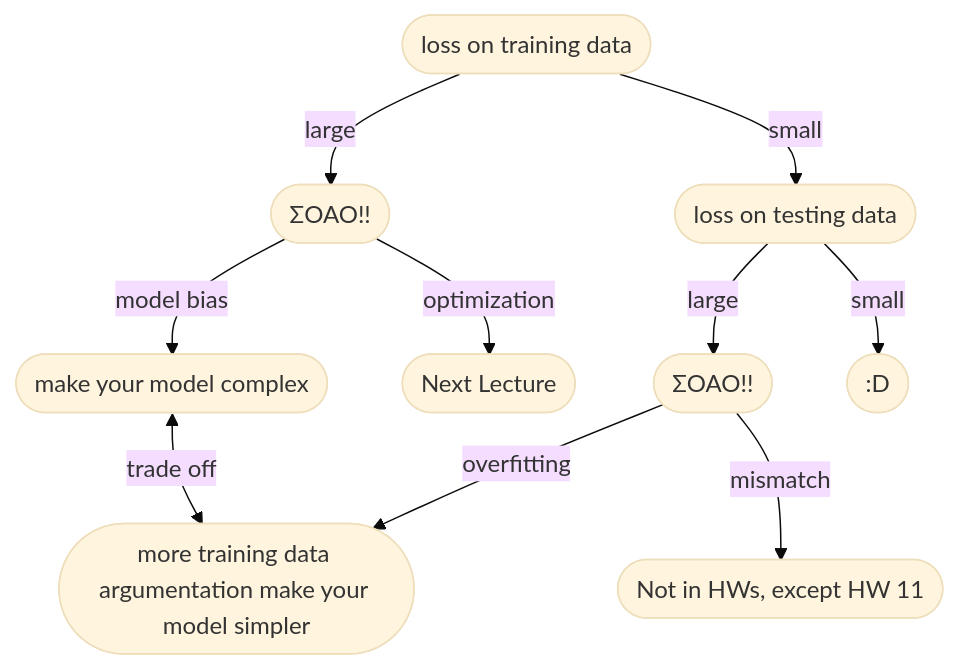
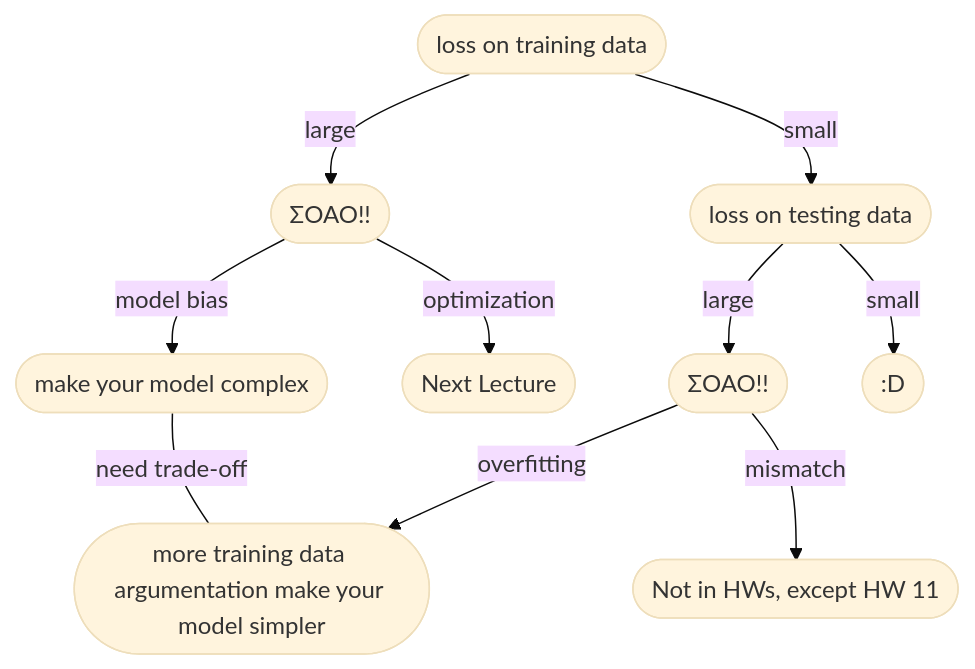
Before and after one commit to Yuuzi261/Public-Note: the diagram in courses/ML2022Spring/ML2022Spring.md, drawn with Mermaid (base theme). The commit also changed other lines of this file, not shown here.

````diff
--- a/courses/ML2022Spring/ML2022Spring.md
+++ b/courses/ML2022Spring/ML2022Spring.md
@@ -247,23 +247,23 @@
 ```mermaid
 graph TD
 
 A([loss on training data])
 B([ΣOAO!!])
 C([loss on testing data])
 D([make your model complex])
 E([Next Lecture])
 F([ΣOAO!!])
 G([:D])
 H([more training data argumentation make your model simpler])
 I([Not in HWs, except HW 11])
 
 A -->|large| B
 A -->|small| C
 B -->|model bias| D
 B -->|optimization| E
 C -->|large| F
 C -->|small| G
 F -->|overfitting| H
 F -->|mismatch| I
-D <-->|trade off| H
+D ---|need trade-off| H
 ```
````
